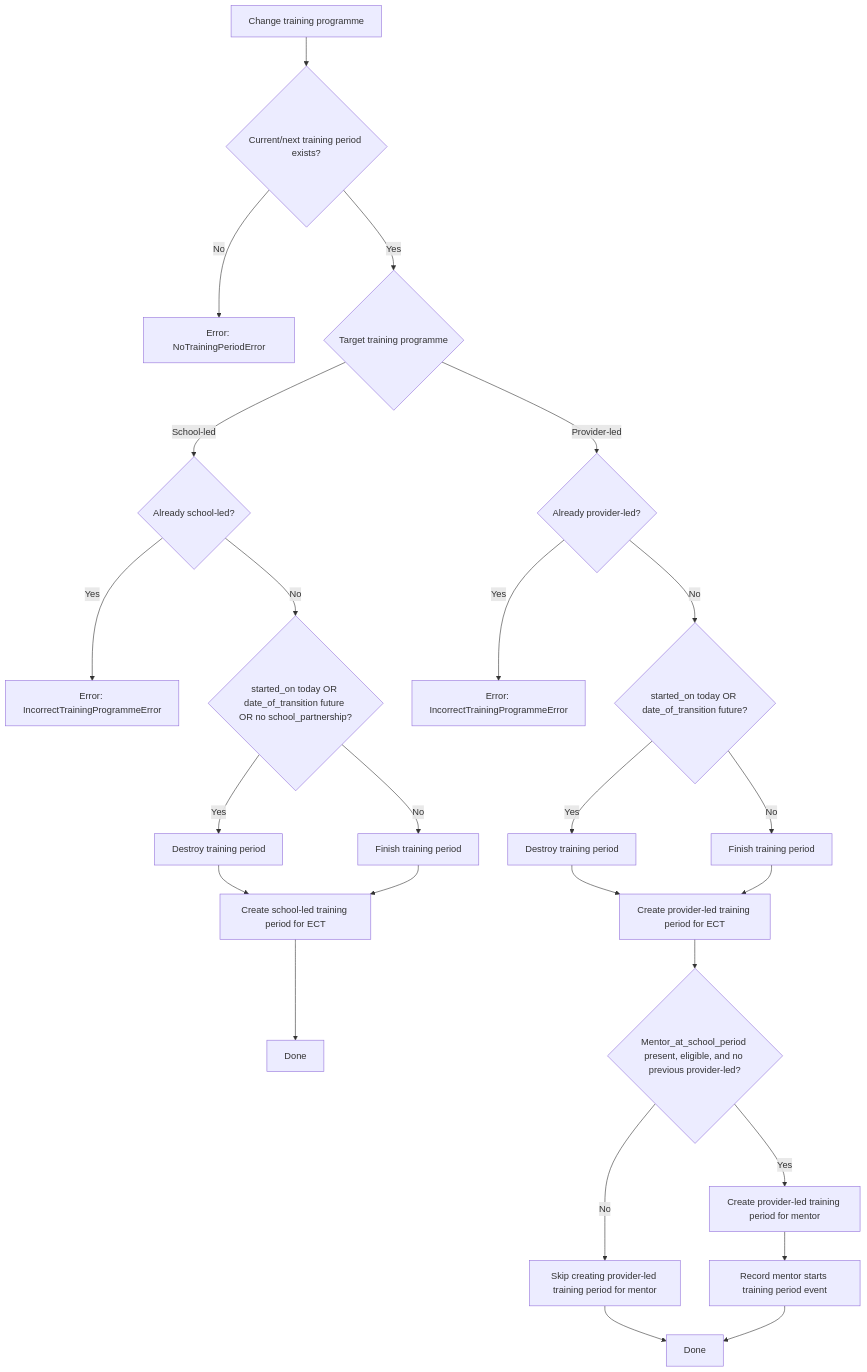
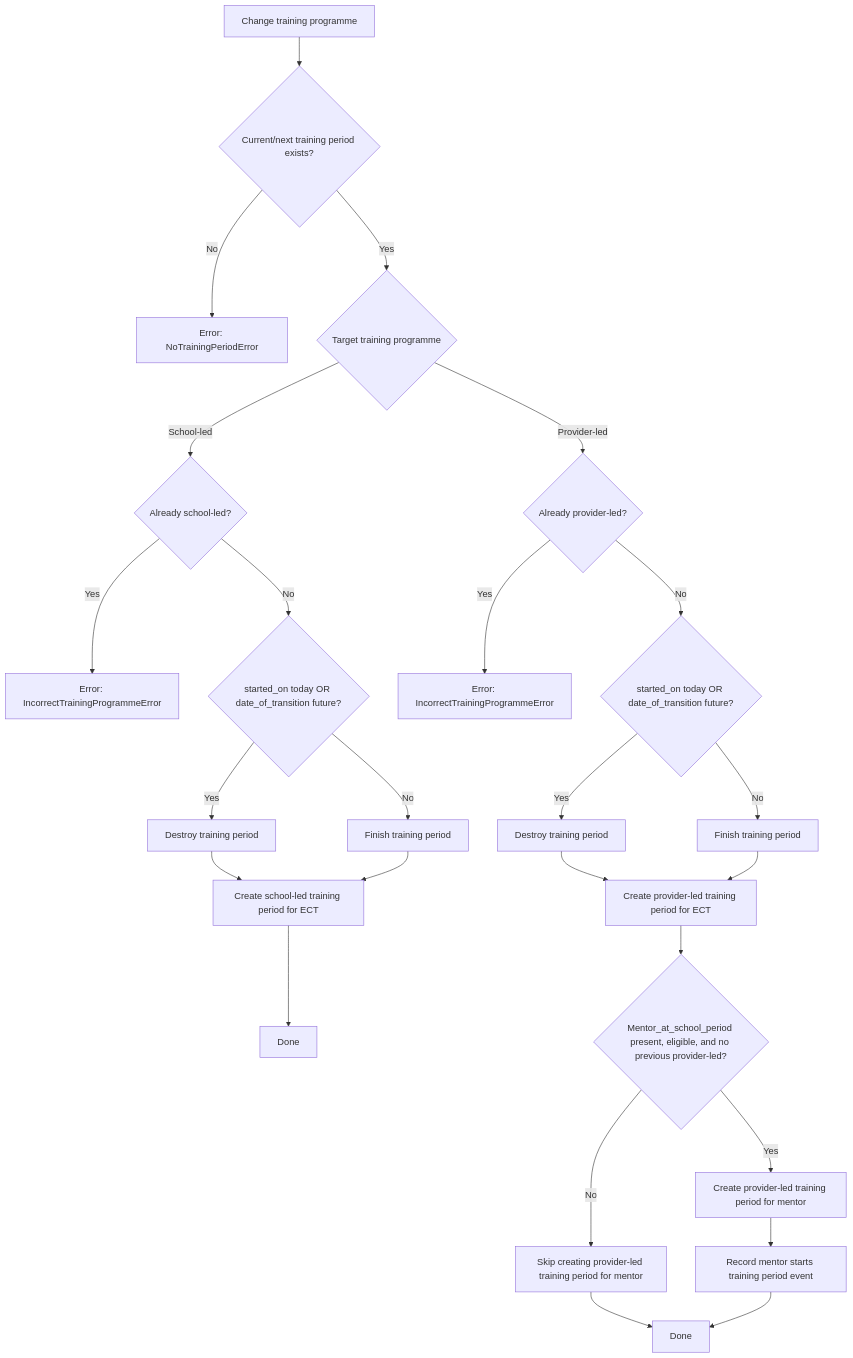
One commit to DFE-Digital/register-early-career-teachers-public changed the diagram in documentation/training_period_logic/training_programme_changes.md. Above: the diagram before and after it, drawn with Mermaid.

Commit message:
[4434] Update training programme logic diagram

````diff
--- a/documentation/training_period_logic/training_programme_changes.md
+++ b/documentation/training_period_logic/training_programme_changes.md
@@ -5,29 +5,29 @@
 ```mermaid
 flowchart TD
   A[Change training programme] --> B{Current/next training period exists?}
   B -- No --> BErr[Error: NoTrainingPeriodError]
   B -- Yes --> C{Target training programme}
 
   C -- School-led --> SL1{Already school-led?}
   SL1 -- Yes --> SLErr[Error: IncorrectTrainingProgrammeError]
-  SL1 -- No --> SL2{started_on today OR date_of_transition future OR no school_partnership?}
+  SL1 -- No --> SL2{started_on today OR date_of_transition future?}
   SL2 -- Yes --> SL3[Destroy training period]
   SL2 -- No --> SL4[Finish training period]
   SL3 --> SL5[Create school-led training period for ECT]
   SL4 --> SL5
   SL5 --> SLDone[Done]
 
   C -- Provider-led --> PL1{Already provider-led?}
   PL1 -- Yes --> PLErr[Error: IncorrectTrainingProgrammeError]
   PL1 -- No --> PL2{started_on today OR date_of_transition future?}
   PL2 -- Yes --> PL3[Destroy training period]
   PL2 -- No --> PL4[Finish training period]
   PL3 --> PL5[Create provider-led training period for ECT]
   PL4 --> PL5
   PL5 --> PL6{Mentor_at_school_period present, eligible, and no previous provider-led?}
   PL6 -- Yes --> PL7[Create provider-led training period for mentor]
   PL6 -- No --> PL8[Skip creating provider-led training period for mentor]
   PL7 --> PL9[Record mentor starts training period event]
   PL8 --> PLDone[Done]
   PL9 --> PLDone
 ```
````
